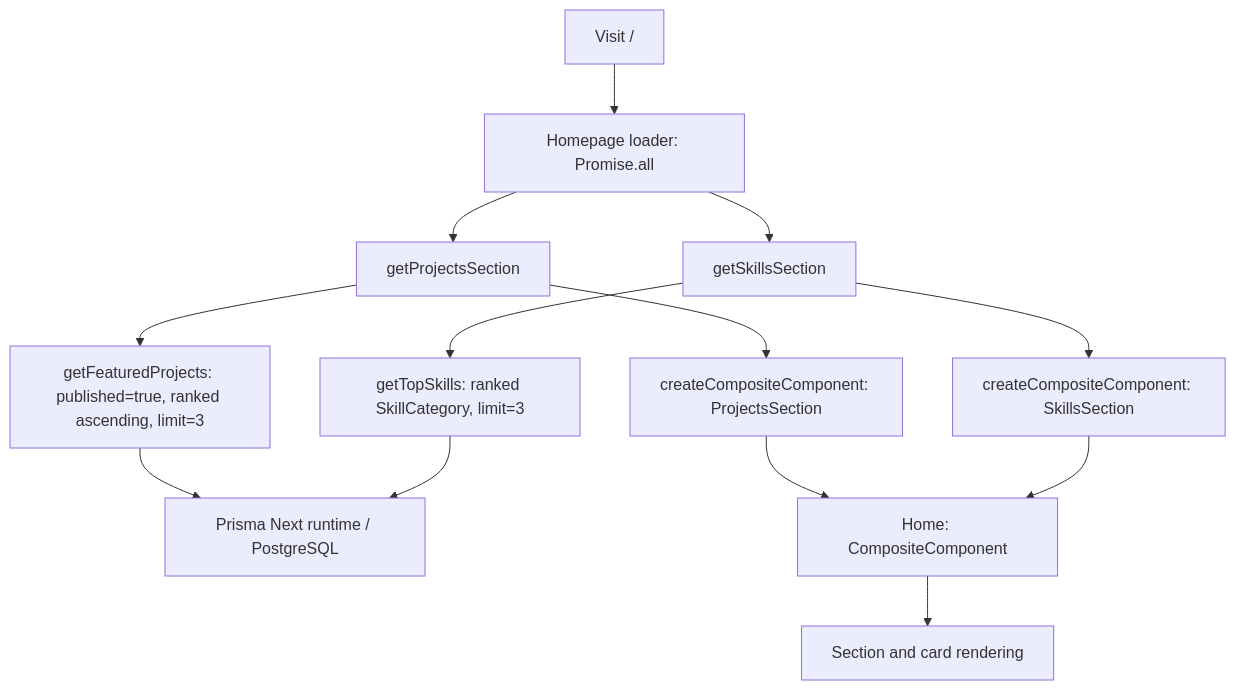
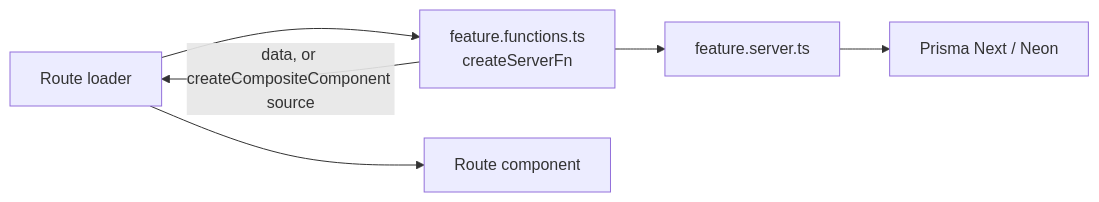
The second of 2 diagrams in docs/architecture.md (wends05/final-portfolio), drawn with Mermaid before and after one commit. The commit also changed other lines of this file and 9 other files, not shown here.

````diff
--- a/docs/architecture.md
+++ b/docs/architecture.md
@@ -41,15 +61,8 @@
 ```mermaid
-flowchart TD
-    Request["Visit /"] --> Loader["Homepage loader: Promise.all"]
-    Loader --> ProjectsFn["getProjectsSection"]
-    Loader --> SkillsFn["getSkillsSection"]
-    ProjectsFn --> ProjectsQuery["getFeaturedProjects: published=true, ranked ascending, limit=3"]
-    SkillsFn --> SkillsQuery["getTopSkills: ranked SkillCategory, limit=3"]
-    ProjectsQuery --> DB["Prisma Next runtime / PostgreSQL"]
-    SkillsQuery --> DB
-    ProjectsFn --> ProjectSource["createCompositeComponent: ProjectsSection"]
-    SkillsFn --> SkillSource["createCompositeComponent: SkillsSection"]
-    ProjectSource --> Home["Home: CompositeComponent"]
-    SkillSource --> Home
-    Home --> Cards["Section and card rendering"]
+flowchart LR
+    Loader["Route loader"] --> Fn["feature.functions.ts<br/>createServerFn"]
+    Fn --> Server["feature.server.ts"]
+    Server --> DB["Prisma Next / Neon"]
+    Fn -->|"data, or createCompositeComponent source"| Loader
+    Loader --> Page["Route component"]
 ```
````
